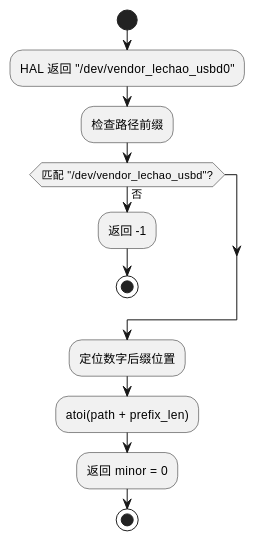
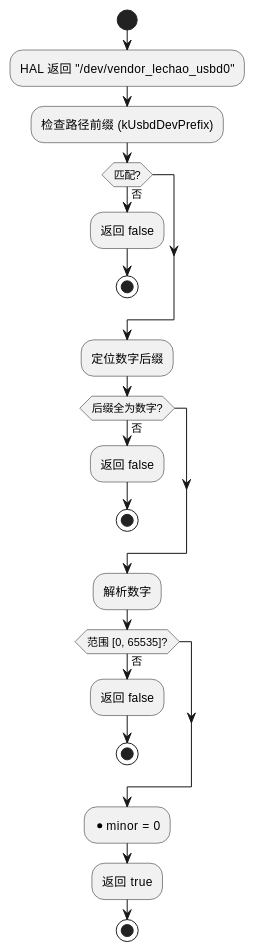
Diagram 17 of 17 in 02-IO增强/02.03-Daemon增强-lciod-daemon.md (lechao365/AndroidSystemEnhance), drawn with PlantUML before and after one commit. The commit also changed other lines of this file and 28 other files, not shown here.

````diff
--- a/02-IO增强/02.03-Daemon增强-lciod-daemon.md
+++ b/02-IO增强/02.03-Daemon增强-lciod-daemon.md
@@ -893,18 +930,28 @@
 ```plantuml
 @startuml
 start
 :HAL 返回 "/dev/vendor_lechao_usbd0";
 
-:检查路径前缀;
-if (匹配 "/dev/vendor_lechao_usbd"?) then (否)
-    :返回 -1;
+:检查路径前缀 (kUsbdDevPrefix);
+if (匹配?) then (否)
+    :返回 false;
     stop
 endif
 
-:定位数字后缀位置;
-:atoi(path + prefix_len);
+:定位数字后缀;
+if (后缀全为数字?) then (否)
+    :返回 false;
+    stop
+endif
 
-:返回 minor = 0;
+:解析数字;
+if (范围 [0, 65535]?) then (否)
+    :返回 false;
+    stop
+endif
+
+:*minor = 0;
+:返回 true;
 stop
 @enduml
 ```
````
